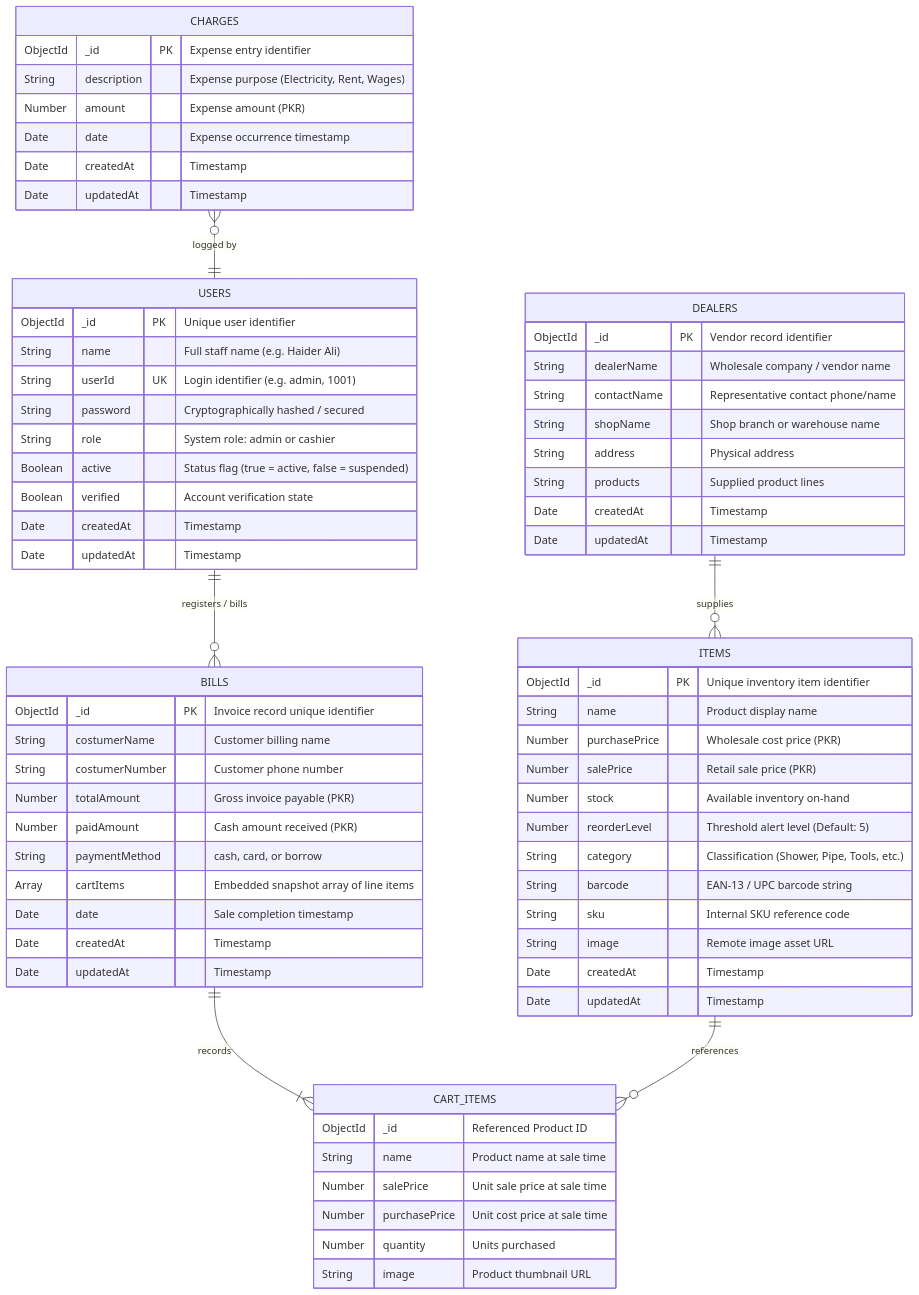
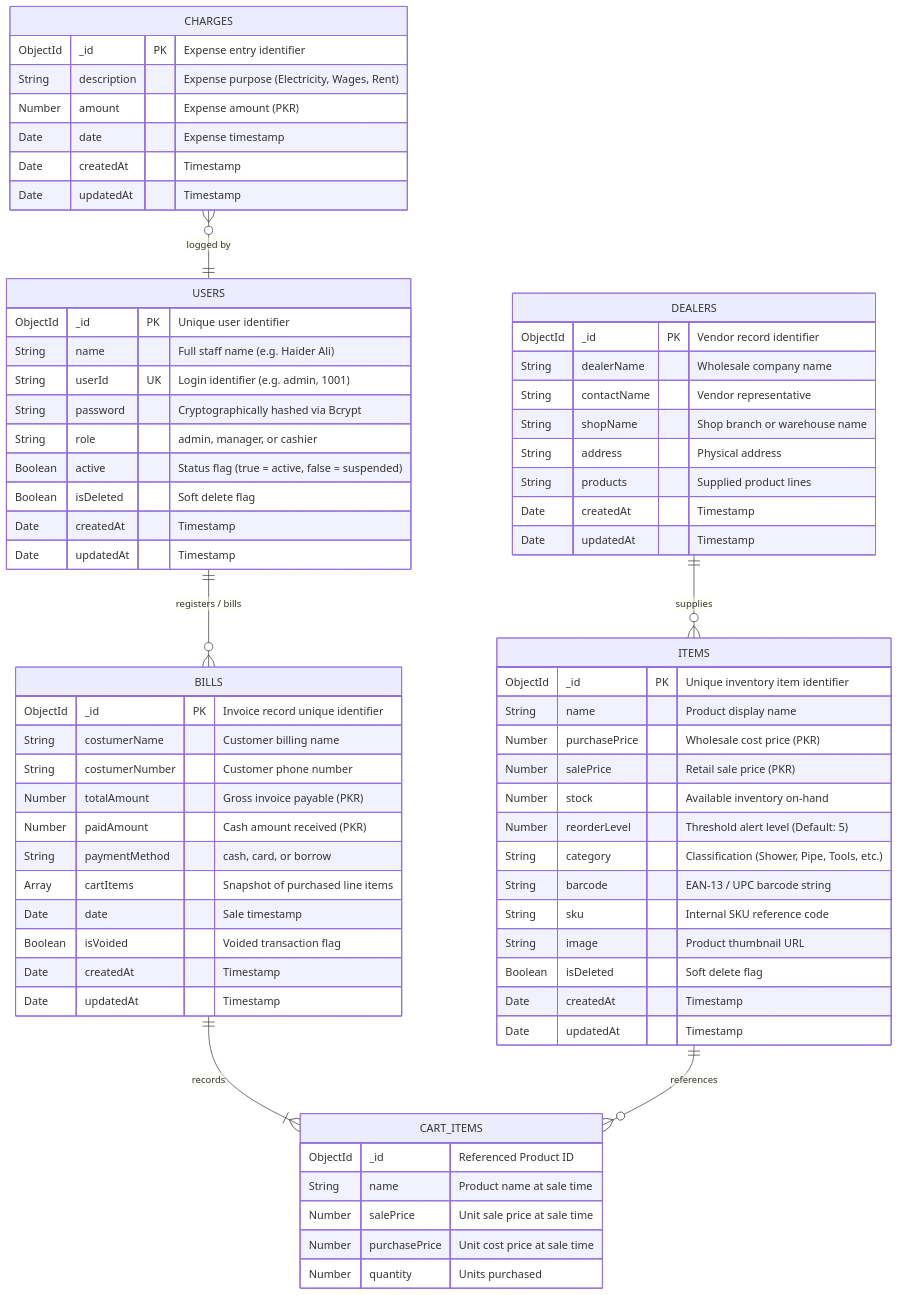
One commit to Haiderali445/mern-pos changed the fourth of 4 diagrams in README.md. Above: the diagram before and after it, drawn with Mermaid. The commit also changed other lines of this file and 126 other files, not shown here.

````diff
--- a/README.md
+++ b/README.md
@@ -269,77 +211,78 @@
 ```mermaid
 erDiagram
     USERS ||--o{ BILLS : "registers / bills"
     BILLS ||--|{ CART_ITEMS : "records"
     ITEMS ||--o{ CART_ITEMS : "references"
     DEALERS ||--o{ ITEMS : "supplies"
     CHARGES }o--|| USERS : "logged by"
 
     USERS {
         ObjectId _id PK "Unique user identifier"
         String name "Full staff name (e.g. Haider Ali)"
         String userId UK "Login identifier (e.g. admin, 1001)"
-        String password "Cryptographically hashed / secured"
-        String role "System role: admin or cashier"
+        String password "Cryptographically hashed via Bcrypt"
+        String role "admin, manager, or cashier"
         Boolean active "Status flag (true = active, false = suspended)"
-        Boolean verified "Account verification state"
+        Boolean isDeleted "Soft delete flag"
         Date createdAt "Timestamp"
         Date updatedAt "Timestamp"
     }
 
     ITEMS {
         ObjectId _id PK "Unique inventory item identifier"
         String name "Product display name"
         Number purchasePrice "Wholesale cost price (PKR)"
         Number salePrice "Retail sale price (PKR)"
         Number stock "Available inventory on-hand"
         Number reorderLevel "Threshold alert level (Default: 5)"
         String category "Classification (Shower, Pipe, Tools, etc.)"
         String barcode "EAN-13 / UPC barcode string"
         String sku "Internal SKU reference code"
-        String image "Remote image asset URL"
+        String image "Product thumbnail URL"
+        Boolean isDeleted "Soft delete flag"
         Date createdAt "Timestamp"
         Date updatedAt "Timestamp"
     }
 
     BILLS {
         ObjectId _id PK "Invoice record unique identifier"
         String costumerName "Customer billing name"
         String costumerNumber "Customer phone number"
         Number totalAmount "Gross invoice payable (PKR)"
         Number paidAmount "Cash amount received (PKR)"
         String paymentMethod "cash, card, or borrow"
-        Array cartItems "Embedded snapshot array of line items"
-        Date date "Sale completion timestamp"
+        Array cartItems "Snapshot of purchased line items"
+        Date date "Sale timestamp"
+        Boolean isVoided "Voided transaction flag"
         Date createdAt "Timestamp"
         Date updatedAt "Timestamp"
     }
 
     CART_ITEMS {
         ObjectId _id "Referenced Product ID"
         String name "Product name at sale time"
         Number salePrice "Unit sale price at sale time"
         Number purchasePrice "Unit cost price at sale time"
         Number quantity "Units purchased"
-        String image "Product thumbnail URL"
     }
 
     DEALERS {
         ObjectId _id PK "Vendor record identifier"
-        String dealerName "Wholesale company / vendor name"
-        String contactName "Representative contact phone/name"
+        String dealerName "Wholesale company name"
+        String contactName "Vendor representative"
         String shopName "Shop branch or warehouse name"
         String address "Physical address"
         String products "Supplied product lines"
         Date createdAt "Timestamp"
         Date updatedAt "Timestamp"
     }
 
     CHARGES {
         ObjectId _id PK "Expense entry identifier"
-        String description "Expense purpose (Electricity, Rent, Wages)"
+        String description "Expense purpose (Electricity, Wages, Rent)"
         Number amount "Expense amount (PKR)"
-        Date date "Expense occurrence timestamp"
+        Date date "Expense timestamp"
         Date createdAt "Timestamp"
         Date updatedAt "Timestamp"
     }
 ```
````
